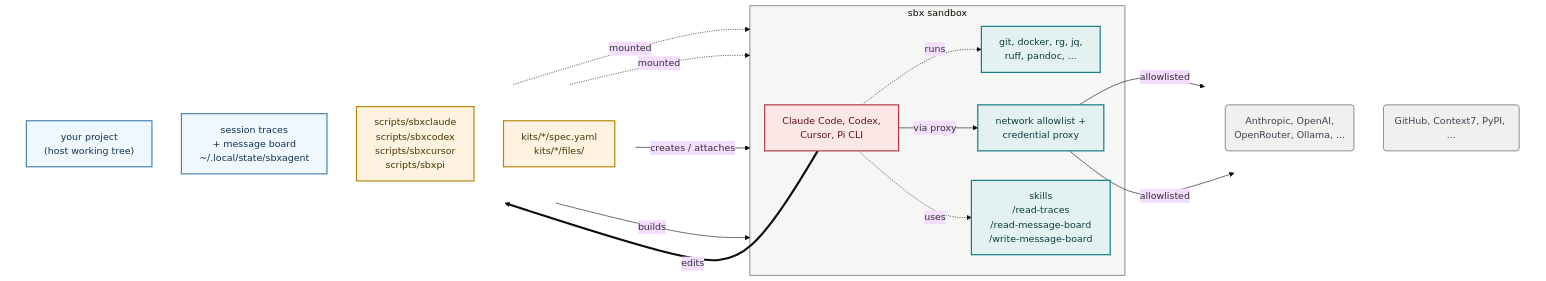
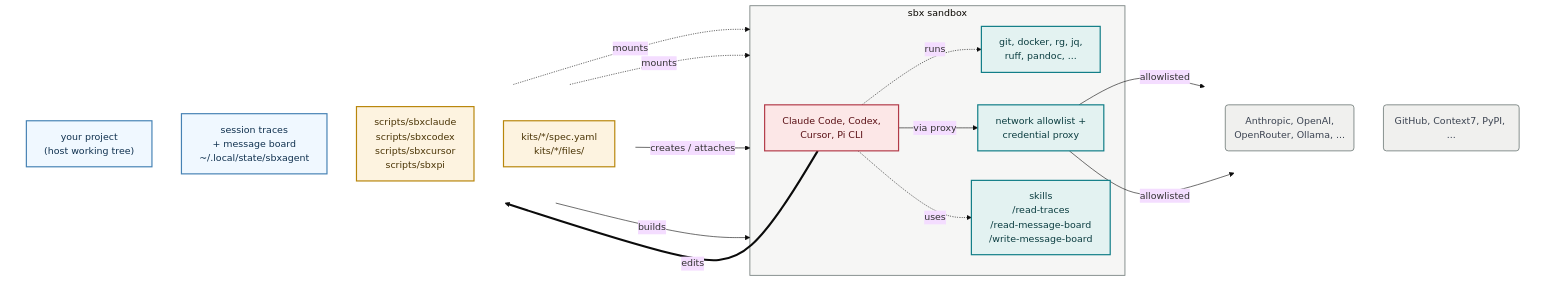
The diagram in README.md (lars20070/sbxagent), drawn with Mermaid (base theme) before and after one commit.

Commit message:
Fix Mermaid diagram

````diff
--- a/README.md
+++ b/README.md
@@ -17,47 +17,47 @@
 ```mermaid
 flowchart LR
   subgraph IN[" "]
     direction TB
     PROJ["your project<br/>(host working tree)"]
     STATE["session traces<br> + message board<br/>~/.local/state/sbxagent"]
     DRV["scripts/sbxclaude<br/>scripts/sbxcodex<br/>scripts/sbxcursor<br/>scripts/sbxpi"]
     KIT["kits/*/spec.yaml<br/>kits/*/files/"]
   end
 
   subgraph VM["sbx sandbox"]
     AGENT["Claude Code, Codex,<br/>Cursor, Pi CLI"]
     TOOLS["git, docker, rg, jq,<br/>ruff, pandoc, ..."]
     PROXY["network allowlist +<br/>credential proxy"]
     SKILLS["skills<br>/read-traces<br>/read-message-board<br>/write-message-board"]
   end
 
   subgraph NET[" "]
     direction TB
     LLM("Anthropic, OpenAI, <br/>OpenRouter, Ollama, ...")
     GH("GitHub, Context7, PyPI, ...")
   end
 
-  PROJ -.->|"mounted"| VM
-  STATE -.->|"mounted"| VM
+  PROJ -.->|"mounts"| VM
+  STATE -.->|"mounts"| VM
   DRV -->|"creates / attaches"| VM
   KIT -->|"builds"| VM
   AGENT -.->|"runs"| TOOLS
   AGENT -->|"via proxy"| PROXY
   AGENT -.->|"uses"| SKILLS
   PROXY -->|"allowlisted"| LLM & GH
   AGENT ==>|"edits"| PROJ
 
   classDef data    fill:aliceblue,stroke:steelblue,stroke-width:2px,color:#10314F
   classDef host    fill:#FDF3E0,stroke:#B8860B,stroke-width:2px,color:#4A3405
   classDef helper  fill:#E3F2F1,stroke:#0E7C86,stroke-width:2px,color:#0B3D40
   classDef agent   fill:#FCE7E7,stroke:#B23A48,stroke-width:2px,color:#5A1015
   classDef ext     fill:#F0F0EE,stroke:#7A8482,stroke-width:1.5px,color:#3A4250
   class PROJ,STATE data
   class KIT,DRV host
   class TOOLS,PROXY,SKILLS helper
   class AGENT agent
   class GH,LLM ext
   style VM fill:#F6F6F5,stroke:#7A8482,stroke-width:1.5px
   style IN fill:none,stroke:none
   style NET fill:none,stroke:none
 ```
````
